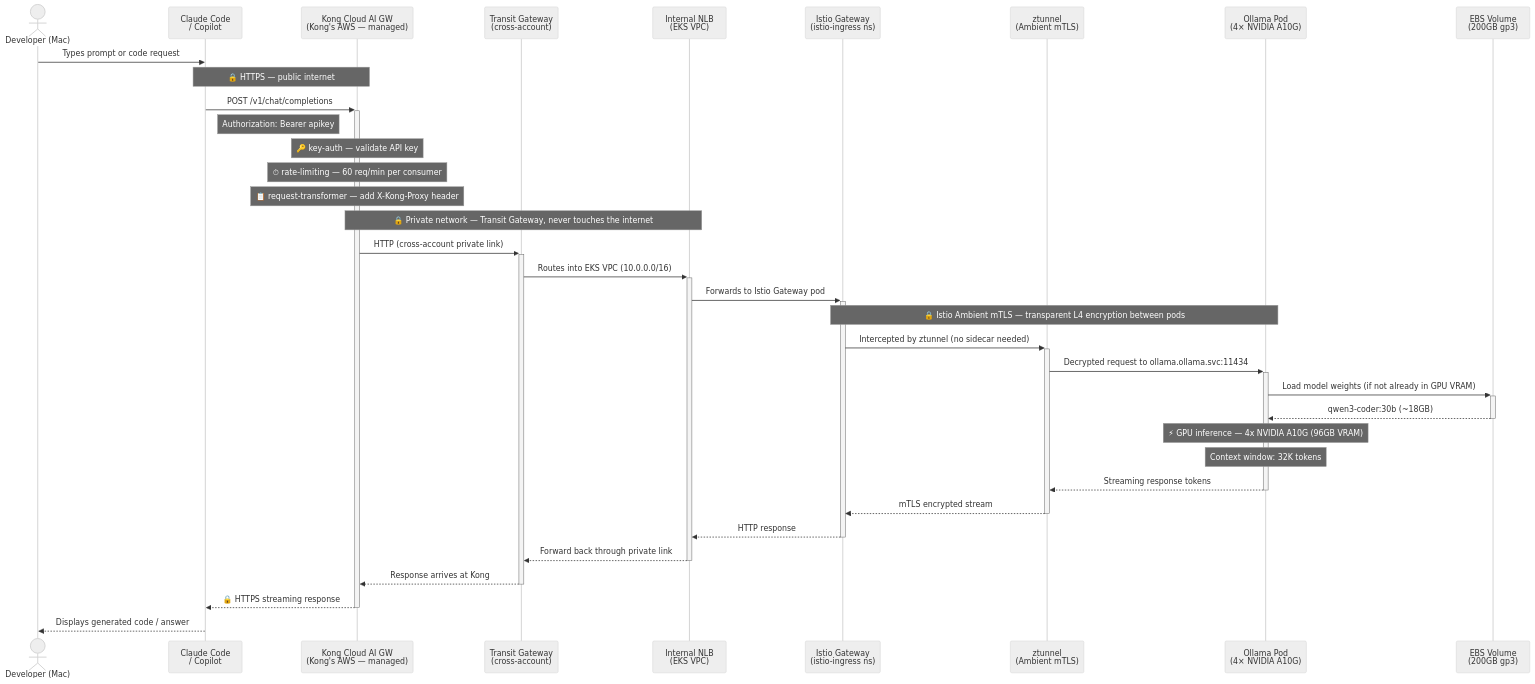
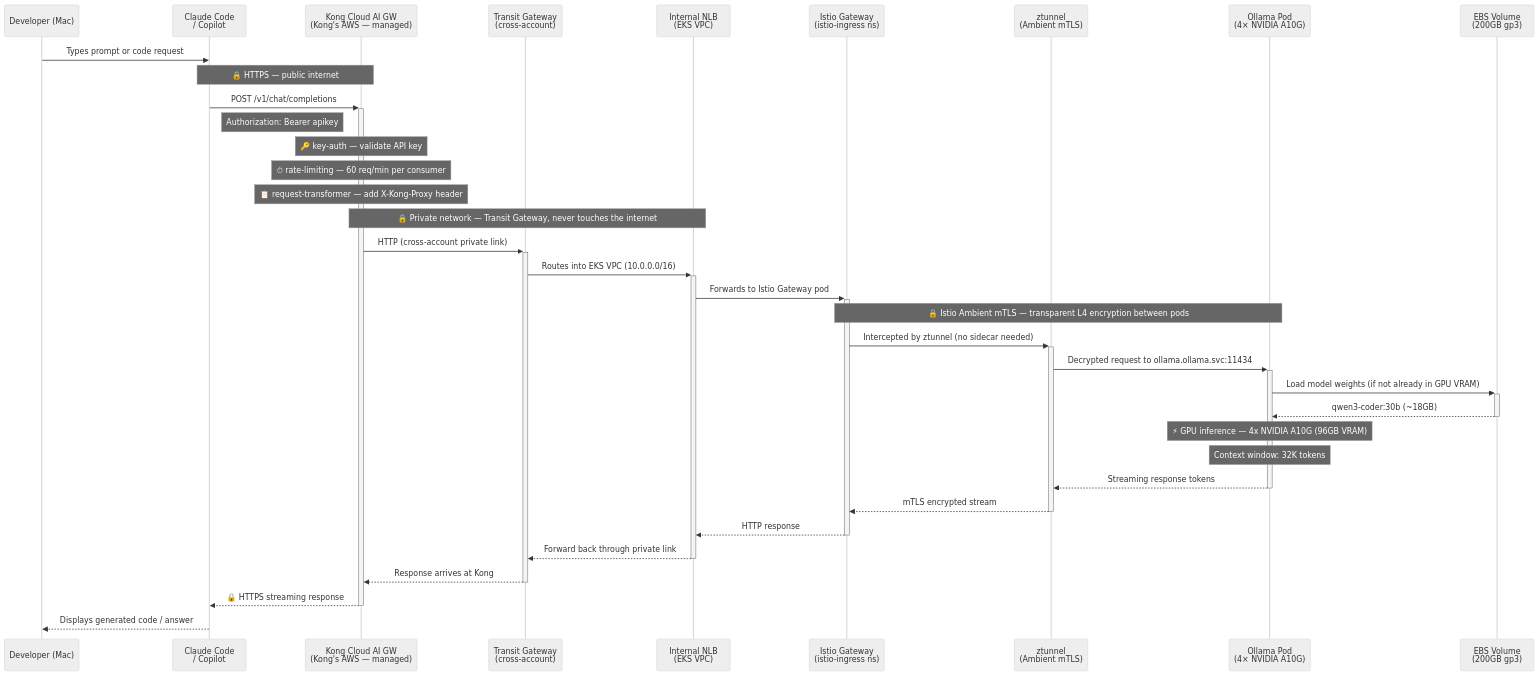
Before and after one commit to shanaka-versent/Ollama-on-EKS: the first of 3 diagrams in README.md, drawn with Mermaid. The commit also changed other lines of this file, not shown here.

Commit message:
docs: fix diagram theme by replacing actor with participant

````diff
--- a/README.md
+++ b/README.md
@@ -34,46 +34,46 @@
 ```mermaid
 %%{init: {'theme': 'neutral', 'themeVariables': {'primaryColor': '#ECECFF', 'primaryBorderColor': '#9370DB', 'lineColor': '#666', 'secondaryColor': '#ffffde'}}}%%
 sequenceDiagram
-    actor Dev as Developer (Mac)
+    participant Dev as Developer (Mac)
     participant CC as Claude Code<br/>/ Copilot
     participant Kong as Kong Cloud AI GW<br/>(Kong's AWS — managed)
     participant TGW as Transit Gateway<br/>(cross-account)
     participant NLB as Internal NLB<br/>(EKS VPC)
     participant IGW as Istio Gateway<br/>(istio-ingress ns)
     participant ZT as ztunnel<br/>(Ambient mTLS)
     participant OLM as Ollama Pod<br/>(4× NVIDIA A10G)
     participant EBS as EBS Volume<br/>(200GB gp3)
 
     Dev->>CC: Types prompt or code request
 
     Note over CC,Kong: 🔒 HTTPS — public internet
     CC->>+Kong: POST /v1/chat/completions
     Note right of CC: Authorization: Bearer apikey
 
     Note over Kong: 🔑 key-auth — validate API key
     Note over Kong: ⏱ rate-limiting — 60 req/min per consumer
     Note over Kong: 📋 request-transformer — add X-Kong-Proxy header
 
     Note over Kong,NLB: 🔒 Private network — Transit Gateway, never touches the internet
     Kong->>+TGW: HTTP (cross-account private link)
     TGW->>+NLB: Routes into EKS VPC (10.0.0.0/16)
     NLB->>+IGW: Forwards to Istio Gateway pod
 
     Note over IGW,OLM: 🔒 Istio Ambient mTLS — transparent L4 encryption between pods
     IGW->>+ZT: Intercepted by ztunnel (no sidecar needed)
     ZT->>+OLM: Decrypted request to ollama.ollama.svc:11434
 
     OLM->>+EBS: Load model weights (if not already in GPU VRAM)
     EBS-->>-OLM: qwen3-coder:30b (~18GB)
 
     Note over OLM: ⚡ GPU inference — 4x NVIDIA A10G (96GB VRAM)
     Note over OLM: Context window: 32K tokens
 
     OLM-->>-ZT: Streaming response tokens
     ZT-->>-IGW: mTLS encrypted stream
     IGW-->>-NLB: HTTP response
     NLB-->>-TGW: Forward back through private link
     TGW-->>-Kong: Response arrives at Kong
     Kong-->>-CC: 🔒 HTTPS streaming response
     CC-->>Dev: Displays generated code / answer
 ```
````
